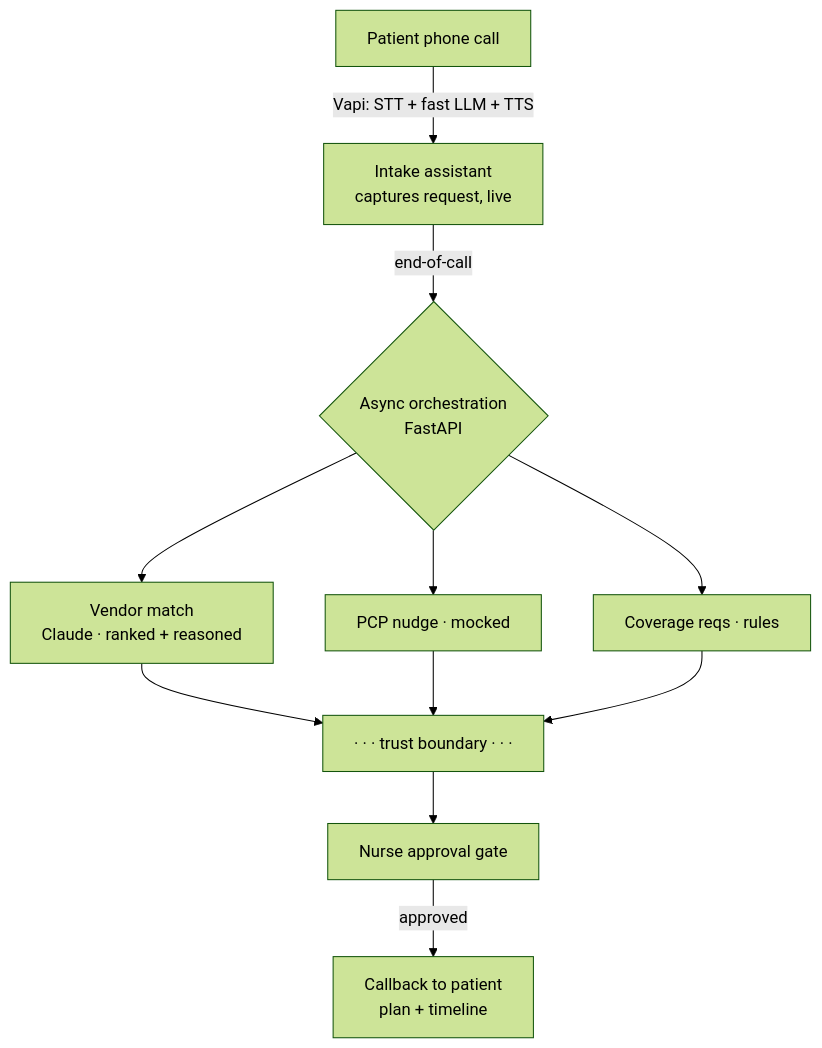
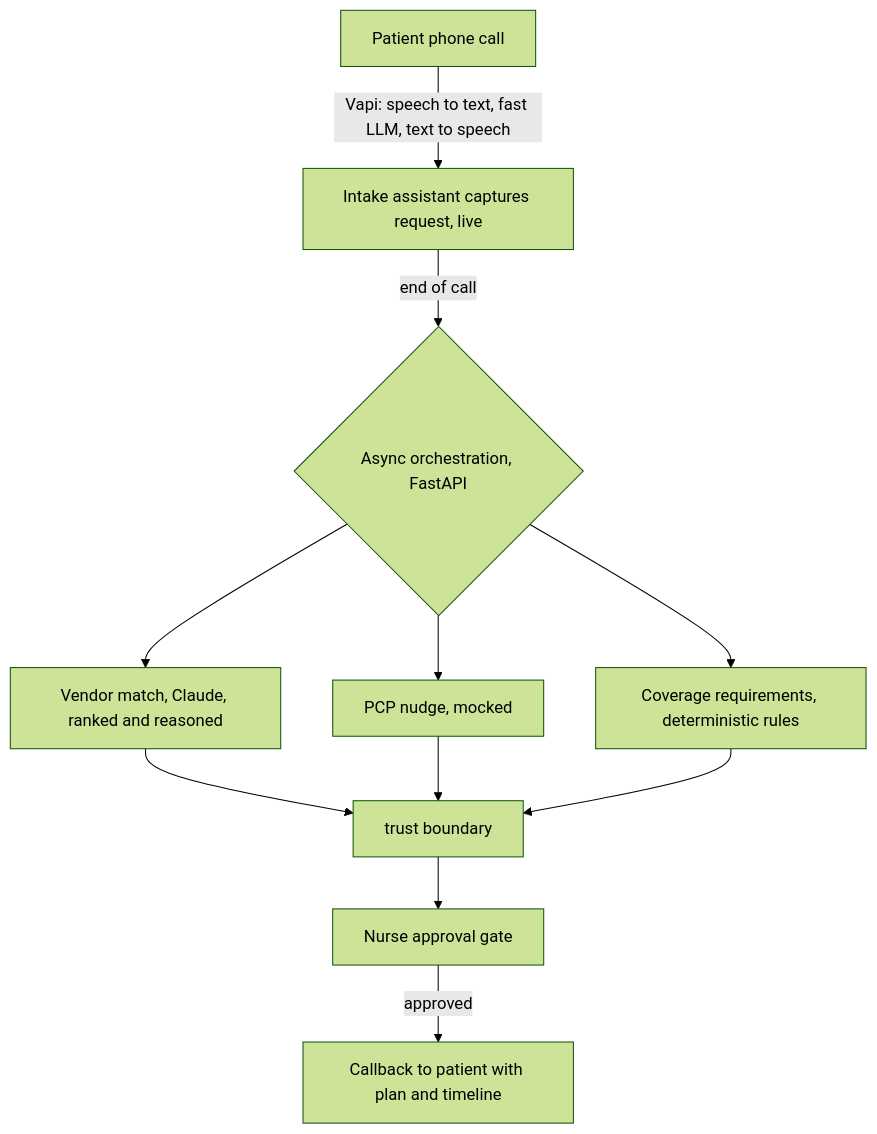
Before and after one commit to jclift3/dme-voice-agent: the diagram in README.md, drawn with Mermaid (forest theme). The commit also changed other lines of this file and 18 other files, not shown here.

````diff
--- a/README.md
+++ b/README.md
@@ -18,13 +56,13 @@
 ```mermaid
 flowchart TD
-    A[Patient phone call] -->|Vapi: STT + fast LLM + TTS| B[Intake assistant<br/>captures request, live]
-    B -->|end-of-call| C{Async orchestration<br/>FastAPI}
-    C --> D[Vendor match<br/>Claude · ranked + reasoned]
-    C --> E[PCP nudge · mocked]
-    C --> F[Coverage reqs · rules]
+    A[Patient phone call] -->|Vapi: speech to text, fast LLM, text to speech| B[Intake assistant captures request, live]
+    B -->|end of call| C{Async orchestration, FastAPI}
+    C --> D[Vendor match, Claude, ranked and reasoned]
+    C --> E[PCP nudge, mocked]
+    C --> F[Coverage requirements, deterministic rules]
     D --> G
     E --> G
     F --> G
-    G[· · · trust boundary · · ·] --> H[Nurse approval gate]
-    H -->|approved| I[Callback to patient<br/>plan + timeline]
+    G[trust boundary] --> H[Nurse approval gate]
+    H -->|approved| I[Callback to patient with plan and timeline]
 ```
````
